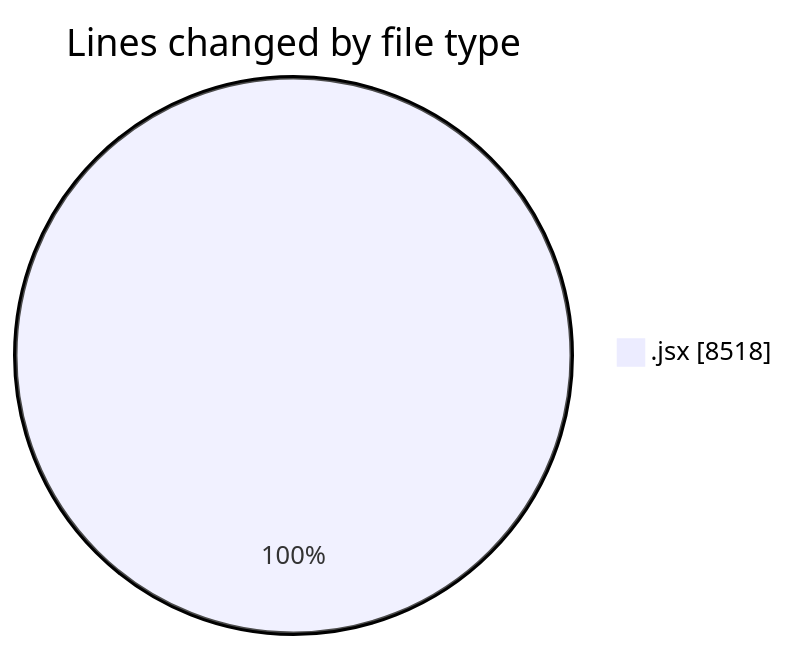
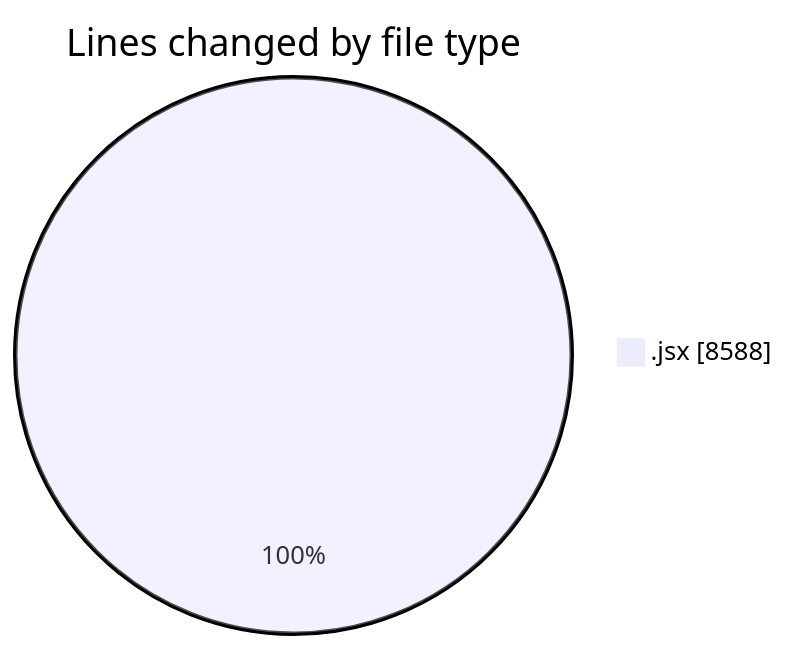
The first of 2 diagrams in 2025-09-09/nxtqube_webapp/README.md (nxtqubesakshisongat/code-tracking), drawn with Mermaid before and after one commit. The commit also changed other lines of this file and 1 other file, not shown here.

````diff
--- a/2025-09-09/nxtqube_webapp/README.md
+++ b/2025-09-09/nxtqube_webapp/README.md
@@ -23,5 +23,5 @@
 ```mermaid
 pie showData
 title Lines changed by file type
-".jsx" : 8518
+".jsx" : 8588
 ```
````
